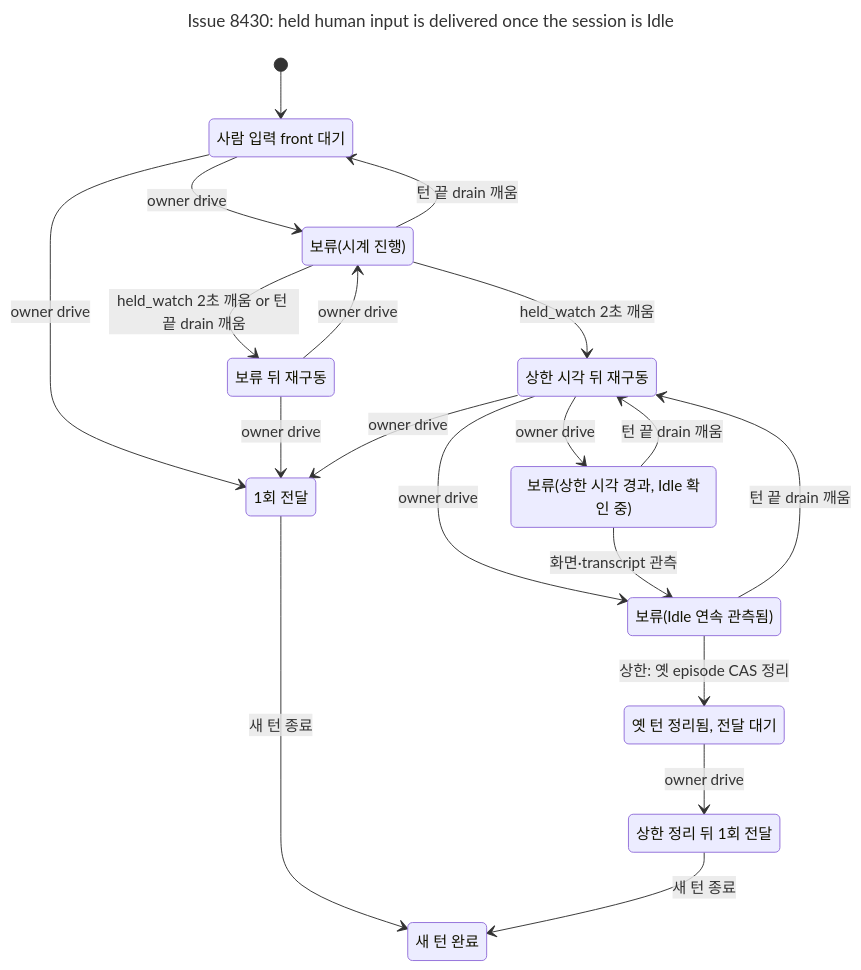
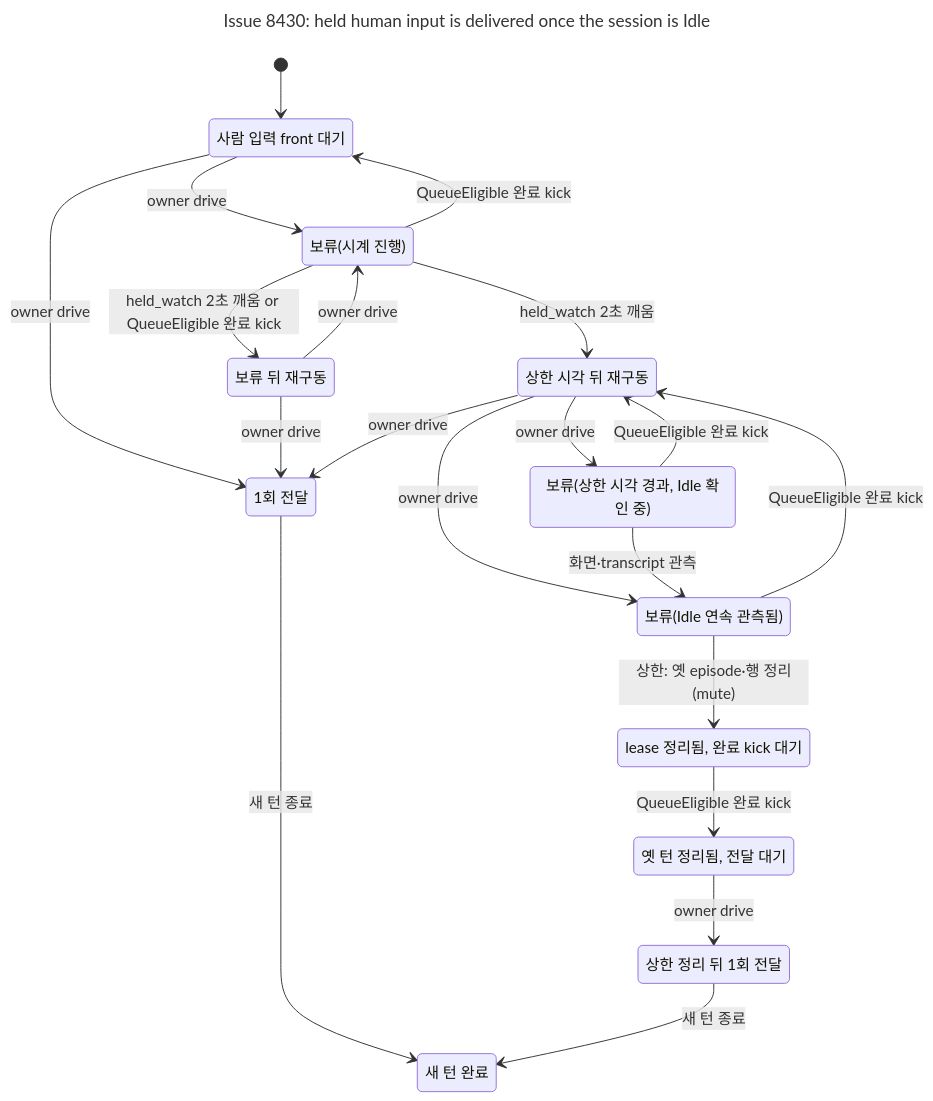
One commit to itismyfield/AgentDesk changed the diagram in docs/statecharts/input-single-path/human-hold-bound.target-clear-drop.chart.mmd. Above: the diagram before and after it, drawn with Mermaid. The commit also changed 8 other files, not shown here.

```diff
--- a/docs/statecharts/input-single-path/human-hold-bound.target-clear-drop.chart.mmd
+++ b/docs/statecharts/input-single-path/human-hold-bound.target-clear-drop.chart.mmd
@@ -1,32 +1,34 @@
 ---
 title: "Issue 8430: held human input is delivered once the session is Idle"
 ---
 stateDiagram-v2
   s0: 사람 입력 front 대기
   s1: 보류(시계 진행)
   s2: 보류 뒤 재구동
   s3: 1회 전달
   s4: 새 턴 완료
   s5: 상한 시각 뒤 재구동
   s6: 보류(상한 시각 경과, Idle 확인 중)
   s7: 보류(Idle 연속 관측됨)
-  s8: 옛 턴 정리됨, 전달 대기
-  s9: 상한 정리 뒤 1회 전달
+  s8: lease 정리됨, 완료 kick 대기
+  s9: 옛 턴 정리됨, 전달 대기
+  s10: 상한 정리 뒤 1회 전달
   [*] --> s0
   s0 --> s1: owner drive
-  s1 --> s2: held_watch 2초 깨움 or 턴 끝 drain 깨움
+  s1 --> s2: held_watch 2초 깨움 or QueueEligible 완료 kick
   s0 --> s3: owner drive
   s2 --> s1: owner drive
-  s1 --> s0: 턴 끝 drain 깨움
+  s1 --> s0: QueueEligible 완료 kick
   s1 --> s5: held_watch 2초 깨움
   s3 --> s4: 새 턴 종료
   s2 --> s3: owner drive
   s5 --> s6: owner drive
   s5 --> s7: owner drive
   s6 --> s7: 화면#183;transcript 관측
-  s7 --> s8: 상한: 옛 episode CAS 정리
+  s7 --> s8: 상한: 옛 episode#183;행 정리(mute)
   s5 --> s3: owner drive
-  s6 --> s5: 턴 끝 drain 깨움
-  s7 --> s5: 턴 끝 drain 깨움
-  s8 --> s9: owner drive
-  s9 --> s4: 새 턴 종료
+  s6 --> s5: QueueEligible 완료 kick
+  s7 --> s5: QueueEligible 완료 kick
+  s8 --> s9: QueueEligible 완료 kick
+  s9 --> s10: owner drive
+  s10 --> s4: 새 턴 종료
```
